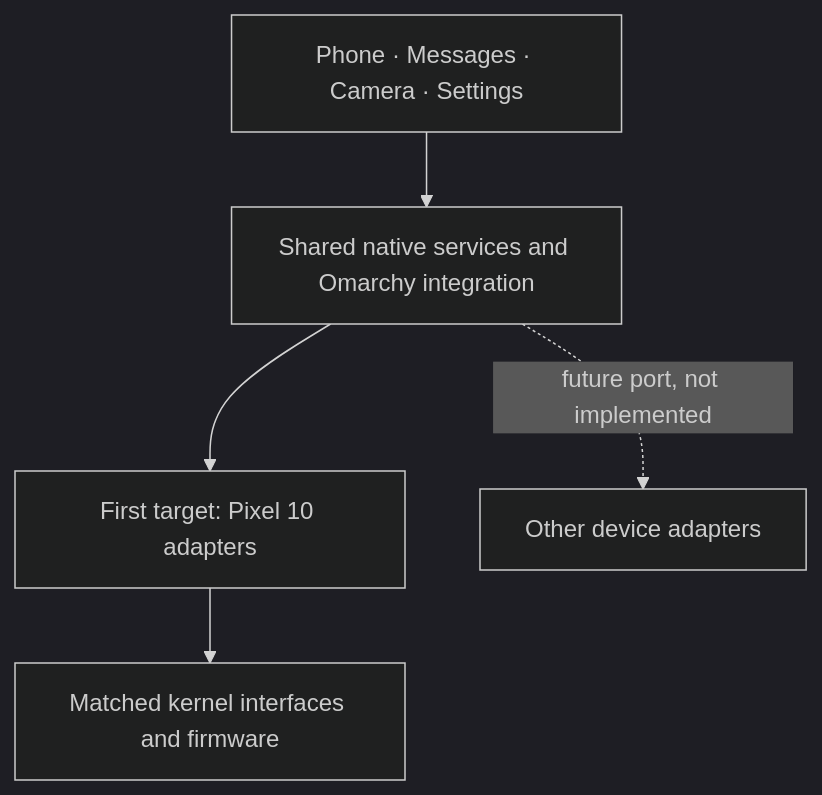
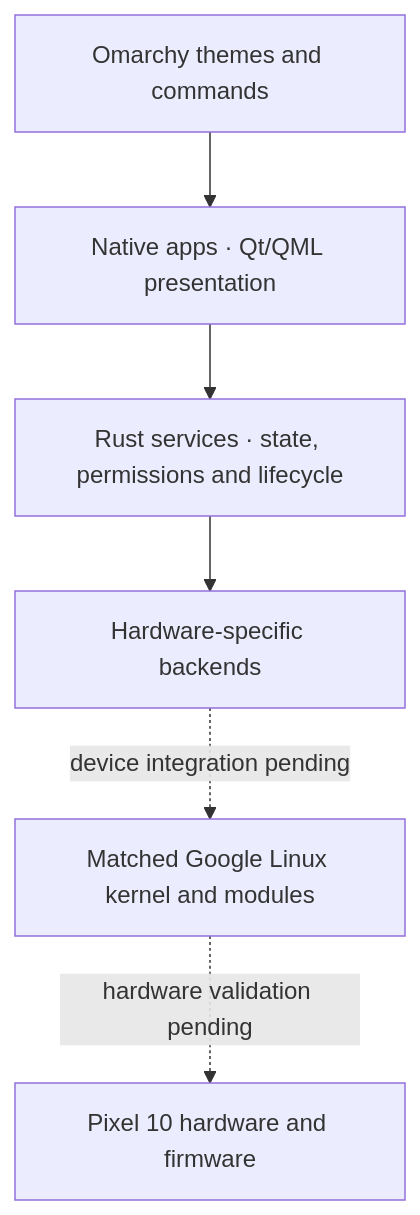
Before and after one commit to nrempel/pokelinux: the diagram in README.md, drawn with Mermaid. The commit also changed other lines of this file and 2 other files, not shown here.

````diff
--- a/README.md
+++ b/README.md
@@ -638,8 +86,8 @@
 ```mermaid
-%%{init: {'theme':'dark'}}%%
-flowchart TB
-  Apps[Phone · Messages · Camera · Settings] --> Core[Shared native services and Omarchy integration]
-  Core --> Pixel[First target: Pixel 10 adapters]
-  Core -. future port, not implemented .-> Other[Other device adapters]
-  Pixel --> Devices[Matched kernel interfaces and firmware]
+flowchart TD
+  Apps[Native apps · Qt/QML presentation] --> Core[Rust services · state, permissions and lifecycle]
+  Theme[Omarchy themes and commands] --> Apps
+  Core --> Backends[Hardware-specific backends]
+  Backends -. device integration pending .-> Kernel[Matched Google Linux kernel and modules]
+  Kernel -. hardware validation pending .-> Phone[Pixel 10 hardware and firmware]
 ```
````
